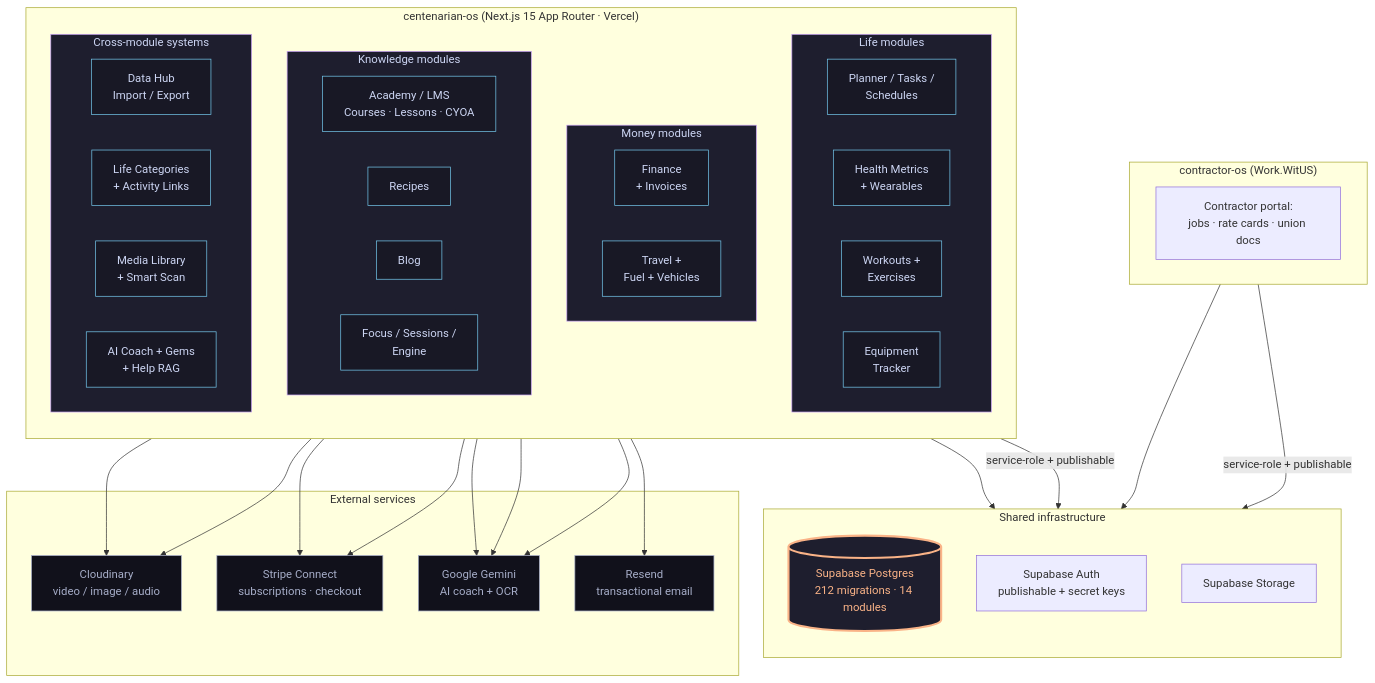
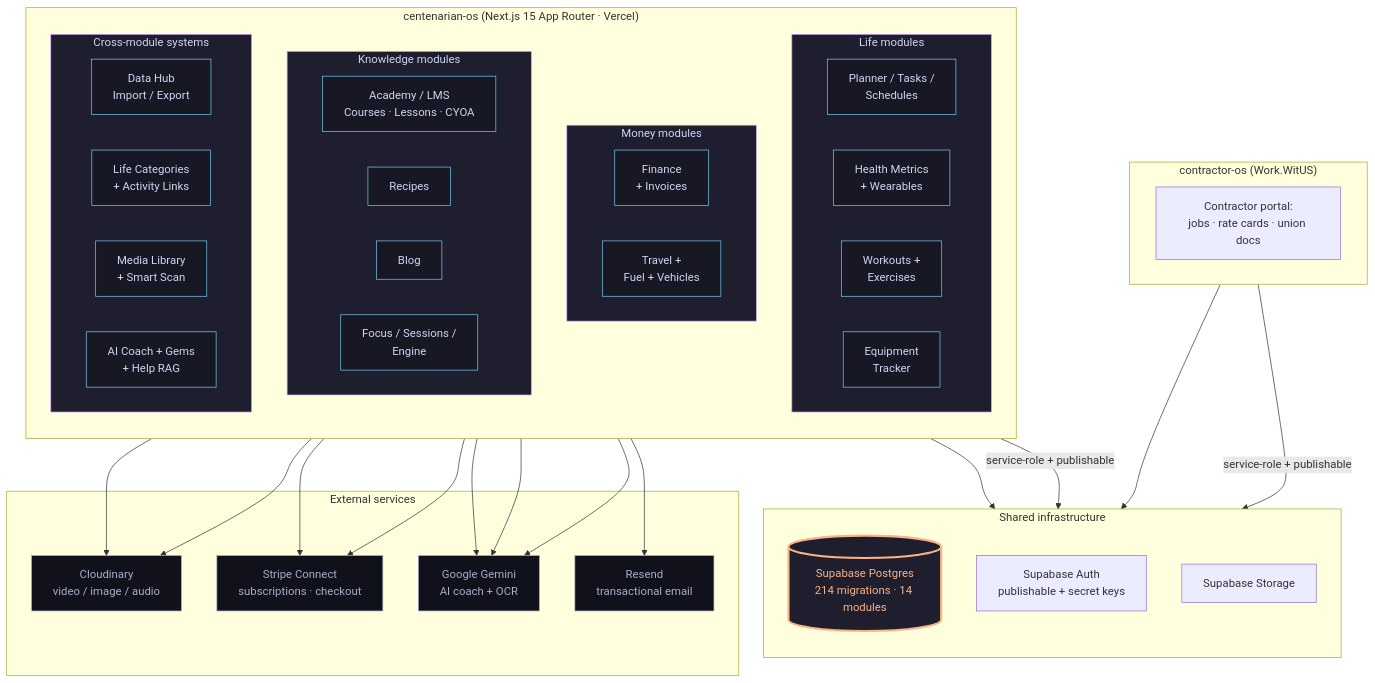
The first of 2 diagrams in ARCHITECTURE.md (dapperAuteur/centenarian-os), drawn with Mermaid before and after one commit. The commit also changed 6 other files, not shown here.

````diff
--- a/ARCHITECTURE.md
+++ b/ARCHITECTURE.md
@@ -14,76 +14,76 @@
 ```mermaid
 flowchart TB
   classDef shell fill:#1e1e2e,stroke:#cba6f7,color:#cdd6f4
   classDef module fill:#181825,stroke:#74c7ec,color:#cdd6f4
   classDef shared fill:#1e1e2e,stroke:#fab387,color:#fab387,stroke-width:3px
   classDef external fill:#11111b,stroke:#a6adc8,color:#a6adc8
 
   subgraph CentOS["centenarian-os (Next.js 15 App Router · Vercel)"]
     direction TB
 
     subgraph Life["Life modules"]
       direction LR
       Planner[Planner / Tasks /<br/>Schedules]
       Health[Health Metrics<br/>+ Wearables]
       Workouts[Workouts +<br/>Exercises]
       Equipment[Equipment<br/>Tracker]
     end
 
     subgraph Money["Money modules"]
       direction LR
       Finance[Finance<br/>+ Invoices]
       Travel[Travel +<br/>Fuel + Vehicles]
     end
 
     subgraph Knowledge["Knowledge modules"]
       direction LR
       Academy[Academy / LMS<br/>Courses · Lessons · CYOA]
       Recipes[Recipes]
       Blog[Blog]
       Focus[Focus / Sessions /<br/>Engine]
     end
 
     subgraph Cross["Cross-module systems"]
       direction LR
       DataHub[Data Hub<br/>Import / Export]
       Categories[Life Categories<br/>+ Activity Links]
       MediaLib[Media Library<br/>+ Smart Scan]
       Coach[AI Coach + Gems<br/>+ Help RAG]
     end
   end
 
   subgraph Shared["Shared infrastructure"]
     direction TB
-    Supabase[(Supabase Postgres<br/>212 migrations · 14 modules)]:::shared
+    Supabase[(Supabase Postgres<br/>214 migrations · 14 modules)]:::shared
     SupaAuth[Supabase Auth<br/>publishable + secret keys]
     SupaStorage[Supabase Storage]
   end
 
   subgraph Sibling["contractor-os (Work.WitUS)"]
     Contractor[Contractor portal:<br/>jobs · rate cards · union docs]
   end
 
   subgraph External["External services"]
     Cloudinary[Cloudinary<br/>video / image / audio]
     Stripe[Stripe Connect<br/>subscriptions · checkout]
     Gemini[Google Gemini<br/>AI coach + OCR]
     Resend[Resend<br/>transactional email]
   end
 
   CentOS -->|service-role + publishable| Supabase
   Sibling -->|service-role + publishable| Supabase
   CentOS --> SupaAuth
   Sibling --> SupaAuth
   CentOS --> Cloudinary
   CentOS --> Stripe
   CentOS --> Gemini
   CentOS --> Resend
   Coach --> Gemini
   MediaLib --> Cloudinary
   MediaLib --> Gemini
   Finance --> Stripe
 
   class Life,Money,Knowledge,Cross shell
   class Planner,Health,Workouts,Equipment,Finance,Travel,Academy,Recipes,Blog,Focus,DataHub,Categories,MediaLib,Coach module
   class Cloudinary,Stripe,Gemini,Resend external
 ```
````
